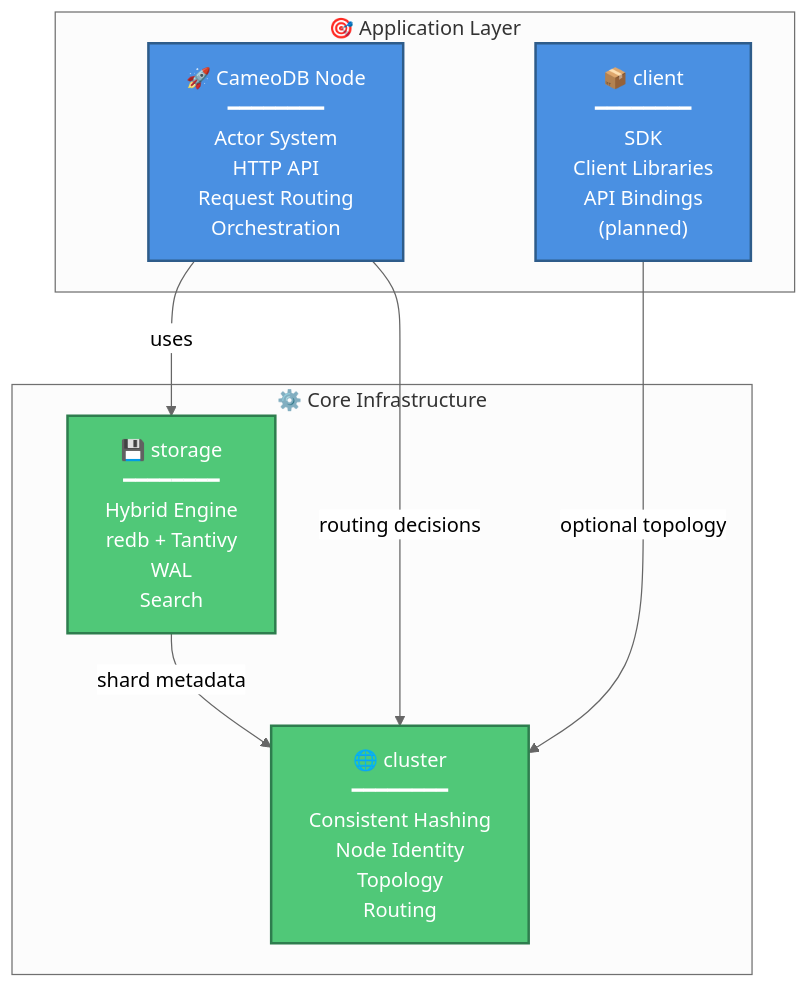
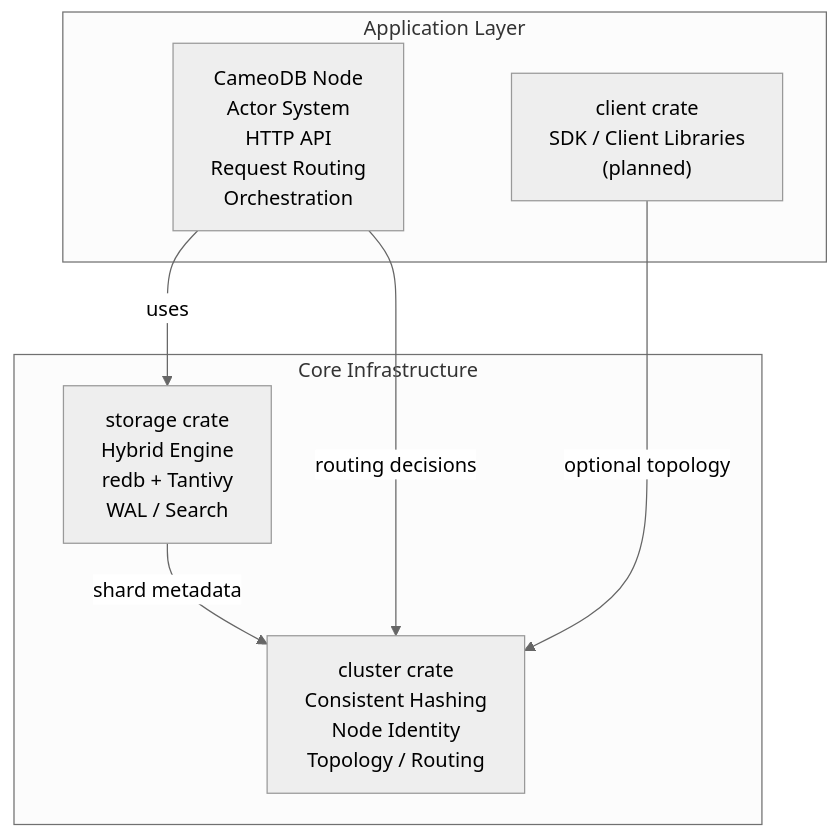
One commit to cameodb/cameodb changed the second of 2 diagrams in docs/ARCHITECTURE.md. Above: the diagram before and after it, drawn with Mermaid (neutral theme).

Commit message:
docs: fix Mermaid diagram for GitHub compatibility
Remove custom CSS styling (classDef with colors) that doesn't render
properly on GitHub's Mermaid renderer. Simplify node labels by removing
emoji characters and box-drawing characters.

````diff
--- a/docs/ARCHITECTURE.md
+++ b/docs/ARCHITECTURE.md
@@ -282,23 +282,17 @@
 ```mermaid
 flowchart TB
-    subgraph Application["🎯 Application Layer"]
-        Server["🚀 CameoDB Node<br/>━━━━━━━━<br/>Actor System<br/>HTTP API<br/>Request Routing<br/>Orchestration"]
-        Client["📦 client<br/>━━━━━━━━<br/>SDK<br/>Client Libraries<br/>API Bindings<br/>(planned)"]
+    subgraph Application["Application Layer"]
+        Server["CameoDB Node<br/>Actor System<br/>HTTP API<br/>Request Routing<br/>Orchestration"]
+        Client["client crate<br/>SDK / Client Libraries<br/>(planned)"]
     end
 
-    subgraph Core["⚙️ Core Infrastructure"]
-        Storage["💾 storage<br/>━━━━━━━━<br/>Hybrid Engine<br/>redb + Tantivy<br/>WAL<br/>Search"]
-        Cluster["🌐 cluster<br/>━━━━━━━━<br/>Consistent Hashing<br/>Node Identity<br/>Topology<br/>Routing"]
+    subgraph Core["Core Infrastructure"]
+        Storage["storage crate<br/>Hybrid Engine<br/>redb + Tantivy<br/>WAL / Search"]
+        Cluster["cluster crate<br/>Consistent Hashing<br/>Node Identity<br/>Topology / Routing"]
     end
 
     Server -->|uses| Storage
     Server -->|routing decisions| Cluster
     Client -->|optional topology| Cluster
     Storage -->|shard metadata| Cluster
-
-    classDef appStyle fill:#4A90E2,stroke:#2E5C8A,stroke-width:2px,color:#fff
-    classDef coreStyle fill:#50C878,stroke:#2E7D4E,stroke-width:2px,color:#fff
-    
-    class Server,Client appStyle
-    class Storage,Cluster coreStyle
 ```
````
